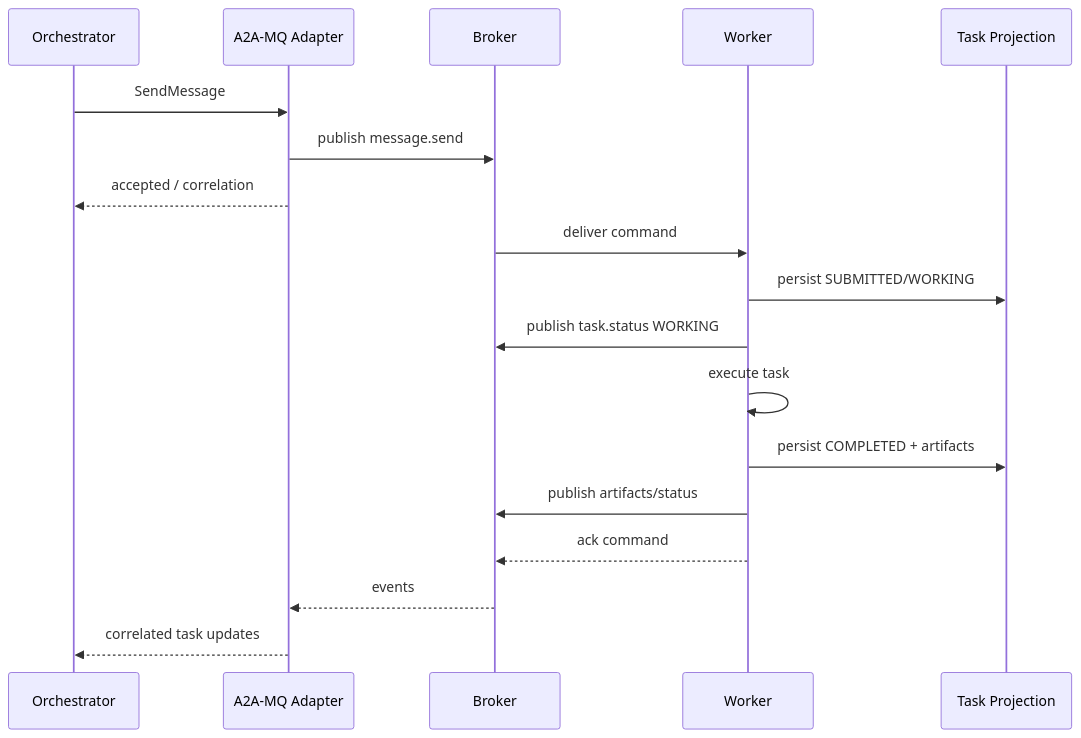
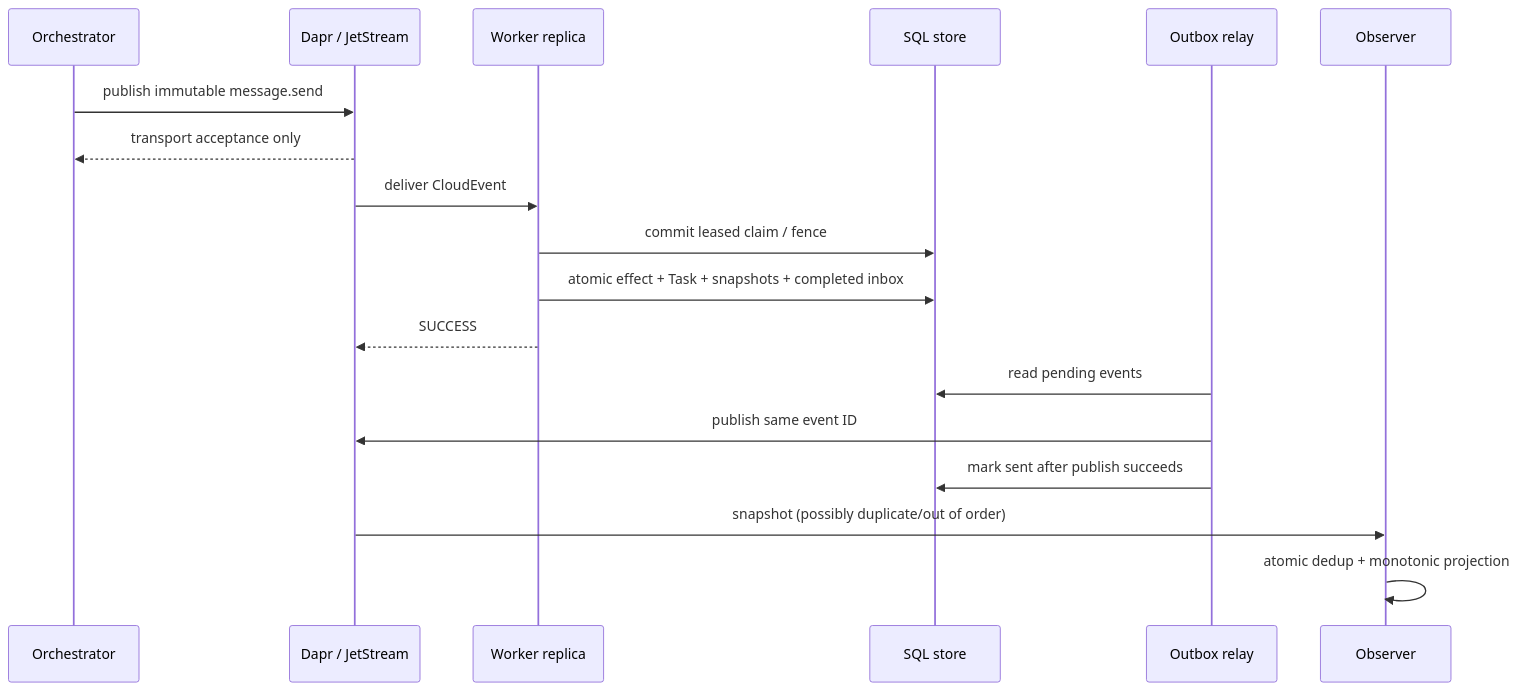
Before and after one commit to rodhayl/A2A_MQ: the first of 2 diagrams in docs/WORKFLOWS.md, drawn with Mermaid. The commit also changed other lines of this file and 29 other files, not shown here.

Commit message:
phase 0: correct architecture and establish tested repository baseline

````diff
--- a/docs/WORKFLOWS.md
+++ b/docs/WORKFLOWS.md
@@ -5,21 +5,20 @@
 ```mermaid
 sequenceDiagram
-    participant O as Orchestrator
-    participant M as A2A-MQ Adapter
-    participant B as Broker
-    participant W as Worker
-    participant P as Task Projection
-
-    O->>M: SendMessage
-    M->>B: publish message.send
-    M-->>O: accepted / correlation
-    B->>W: deliver command
-    W->>P: persist SUBMITTED/WORKING
-    W->>B: publish task.status WORKING
-    W->>W: execute task
-    W->>P: persist COMPLETED + artifacts
-    W->>B: publish artifacts/status
-    W-->>B: ack command
-    B-->>M: events
-    M-->>O: correlated task updates
+  participant O as Orchestrator
+  participant B as Dapr / JetStream
+  participant W as Worker replica
+  participant S as SQL store
+  participant R as Outbox relay
+  participant P as Observer
+  O->>B: publish immutable message.send
+  B-->>O: transport acceptance only
+  B->>W: deliver CloudEvent
+  W->>S: commit leased claim / fence
+  W->>S: atomic effect + Task + snapshots + completed inbox
+  W-->>B: SUCCESS
+  R->>S: read pending events
+  R->>B: publish same event ID
+  R->>S: mark sent after publish succeeds
+  B->>P: snapshot (possibly duplicate/out of order)
+  P->>P: atomic dedup + monotonic projection
 ```
````
